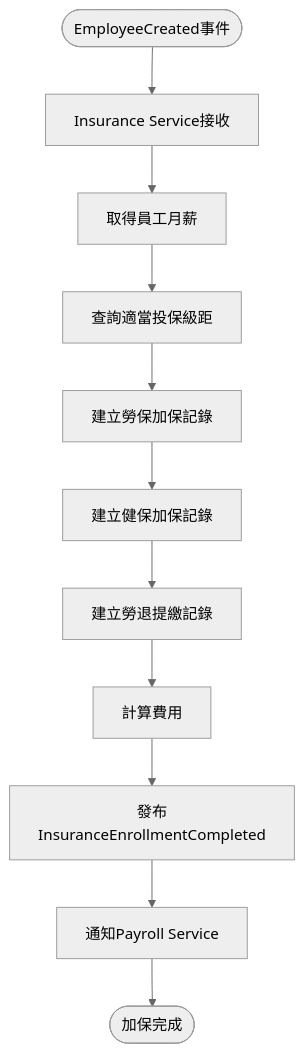
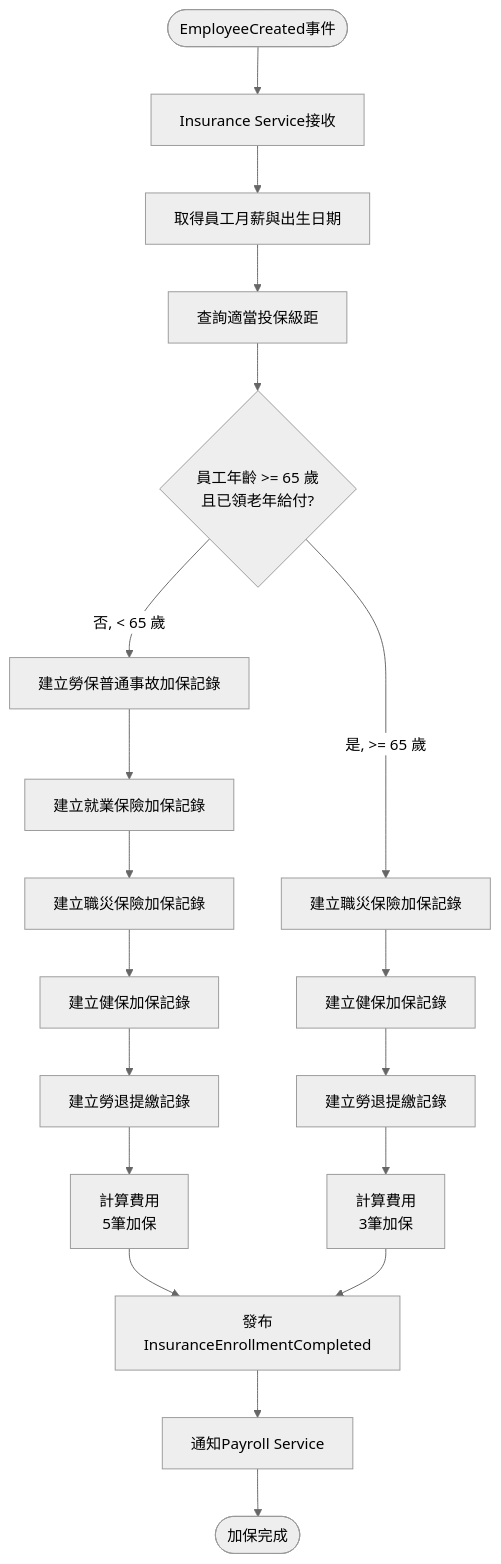
Before and after one commit to k6jo3/hr-sytsem-tw: the first of 7 diagrams in knowledge/02_Requirements_Analysis/05_保險管理服務需求分析書.md, drawn with Mermaid (neutral theme). The commit also changed other lines of this file and 55 other files, not shown here.

````diff
--- a/knowledge/02_Requirements_Analysis/05_保險管理服務需求分析書.md
+++ b/knowledge/02_Requirements_Analysis/05_保險管理服務需求分析書.md
@@ -363,15 +514,25 @@
 ```mermaid
 flowchart TD
     Start([EmployeeCreated事件]) --> Receive[Insurance Service接收]
-    Receive --> GetSalary[取得員工月薪]
+    Receive --> GetSalary[取得員工月薪與出生日期]
     GetSalary --> FindLevel[查詢適當投保級距]
-    
-    FindLevel --> Labor[建立勞保加保記錄]
-    Labor --> Health[建立健保加保記錄]
-    Health --> Pension[建立勞退提繳記錄]
-    
-    Pension --> CalcFee[計算費用]
-    CalcFee --> Event[發布InsuranceEnrollmentCompleted]
+
+    FindLevel --> AgeCheck{員工年齡 >= 65 歲<br/>且已領老年給付?}
+
+    AgeCheck -->|否, < 65 歲| LaborOrdinary[建立勞保普通事故加保記錄]
+    LaborOrdinary --> Employment[建立就業保險加保記錄]
+    Employment --> OccAccident1[建立職災保險加保記錄]
+    OccAccident1 --> Health1[建立健保加保記錄]
+    Health1 --> Pension1[建立勞退提繳記錄]
+    Pension1 --> CalcFee1[計算費用<br/>5筆加保]
+
+    AgeCheck -->|是, >= 65 歲| OccAccident2[建立職災保險加保記錄]
+    OccAccident2 --> Health2[建立健保加保記錄]
+    Health2 --> Pension2[建立勞退提繳記錄]
+    Pension2 --> CalcFee2[計算費用<br/>3筆加保]
+
+    CalcFee1 --> Event[發布InsuranceEnrollmentCompleted]
+    CalcFee2 --> Event
     Event --> Notify[通知Payroll Service]
     Notify --> End([加保完成])
 ```
````
